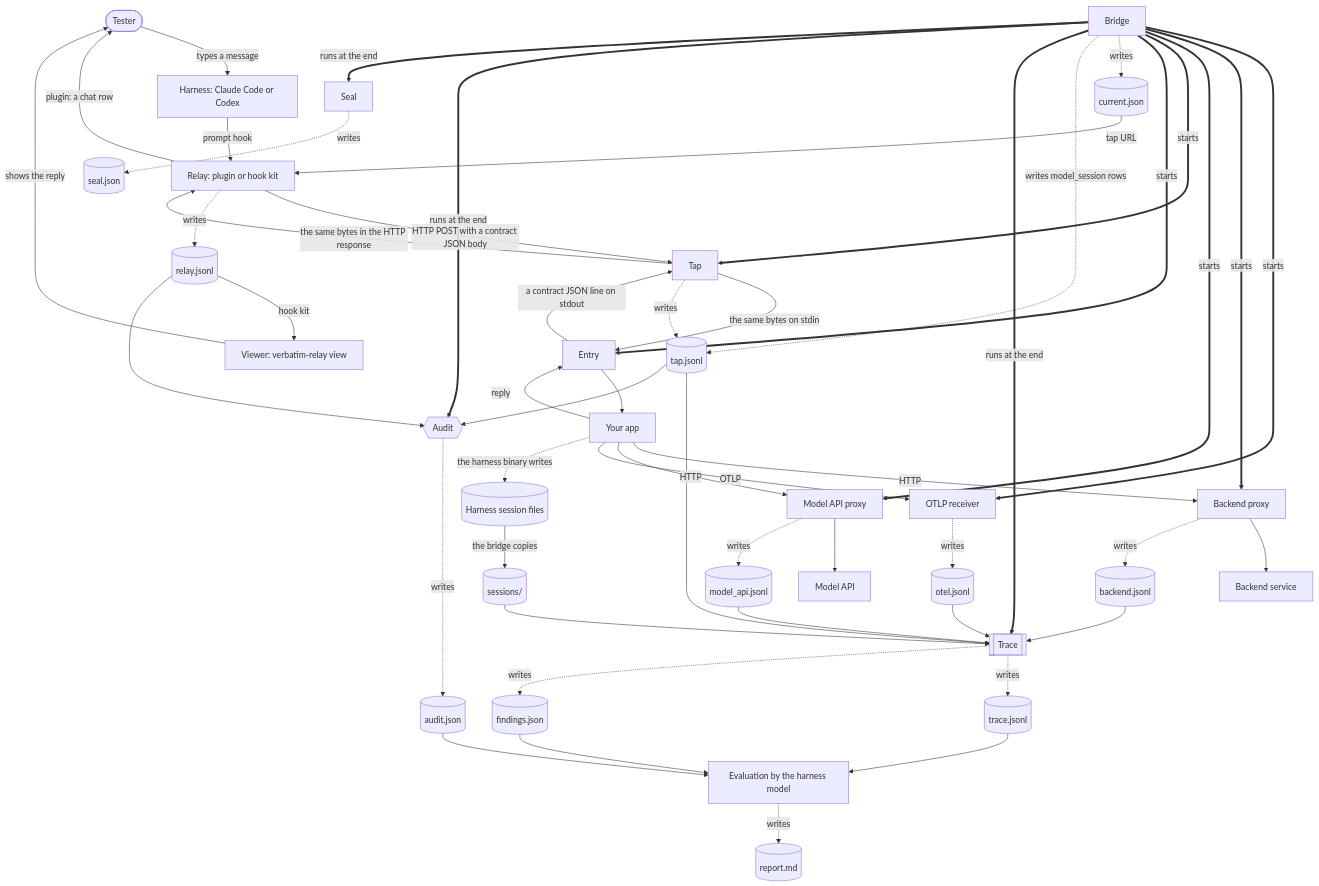
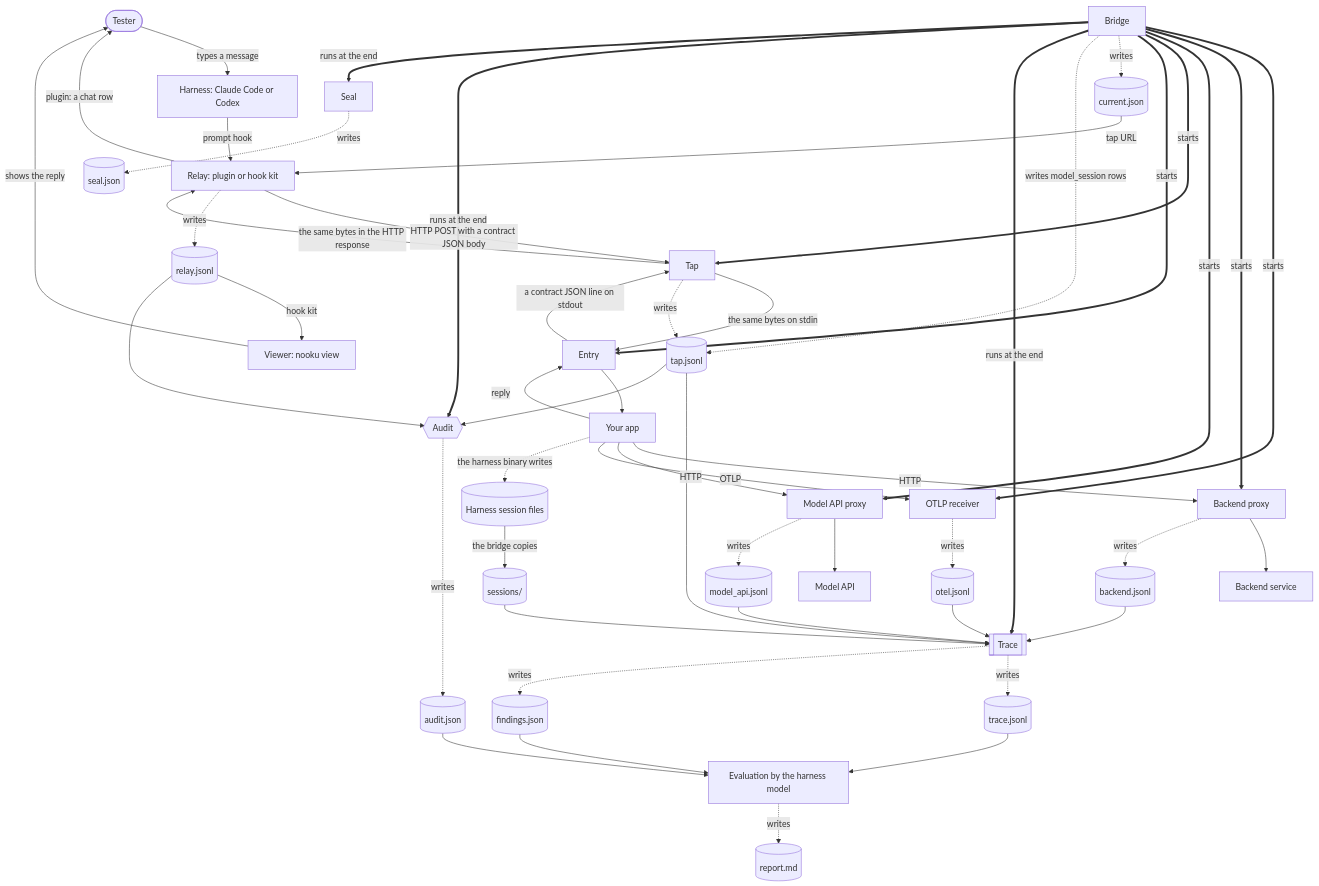
One commit to mohanraj00/nookku changed the first of 4 diagrams in docs/architecture.md. Above: the diagram before and after it, drawn with Mermaid. The commit also changed other lines of this file and 119 other files, not shown here.

First line of the commit message:
Rename verbatim-relay to Nooku (#207)

````diff
--- a/docs/architecture.md
+++ b/docs/architecture.md
@@ -13,53 +13,53 @@
 ```mermaid
 flowchart TB
     tester([Tester]) -->|types a message| harness[Harness: Claude Code or Codex]
     harness -->|prompt hook| relay[Relay: plugin or hook kit]
     currentrec[(current.json)] -->|tap URL| relay
     relay -->|HTTP POST with a contract JSON body| tap[Tap]
     tap -->|the same bytes on stdin| entry[Entry]
     entry --> app[Your app]
     app -->|reply| entry
     entry -->|a contract JSON line on stdout| tap
     tap -->|the same bytes in the HTTP response| relay
     relay -->|plugin: a chat row| tester
     relay -.->|writes| relayrec[(relay.jsonl)]
-    relayrec -->|hook kit| viewer[Viewer: verbatim-relay view]
+    relayrec -->|hook kit| viewer[Viewer: nooku view]
     viewer -->|shows the reply| tester
     tap -.->|writes| taprec[(tap.jsonl)]
 
     bridge[Bridge] ==>|starts| otlp[OTLP receiver]
     bridge ==>|starts| bproxy[Backend proxy]
     bridge ==>|starts| mproxy[Model API proxy]
     bridge ==>|starts| tap
     bridge ==>|starts| entry
     bridge -.->|writes| currentrec
     bridge -.->|writes model_session rows| taprec
 
     app -->|HTTP| bproxy --> backend[Backend service]
     app -->|HTTP| mproxy --> api[Model API]
     app -->|OTLP| otlp
     bproxy -.->|writes| backendrec[(backend.jsonl)]
     mproxy -.->|writes| modelrec[(model_api.jsonl)]
     otlp -.->|writes| otelrec[(otel.jsonl)]
     app -.->|the harness binary writes| hsessions[(Harness session files)]
     hsessions -->|the bridge copies| sessions[(sessions/)]
 
     bridge ==>|runs at the end| trace[[Trace]]
     bridge ==>|runs at the end| audit{{Audit}}
     bridge ==>|runs at the end| seal[Seal]
     taprec --> trace
     sessions --> trace
     backendrec --> trace
     modelrec --> trace
     otelrec --> trace
     trace -.->|writes| tracerec[(trace.jsonl)]
     trace -.->|writes| findingsrec[(findings.json)]
     relayrec --> audit
     taprec --> audit
     audit -.->|writes| auditrec[(audit.json)]
     seal -.->|writes| sealrec[(seal.json)]
     tracerec --> eval[Evaluation by the harness model]
     findingsrec --> eval
     auditrec --> eval
     eval -.->|writes| report[(report.md)]
 ```
````
